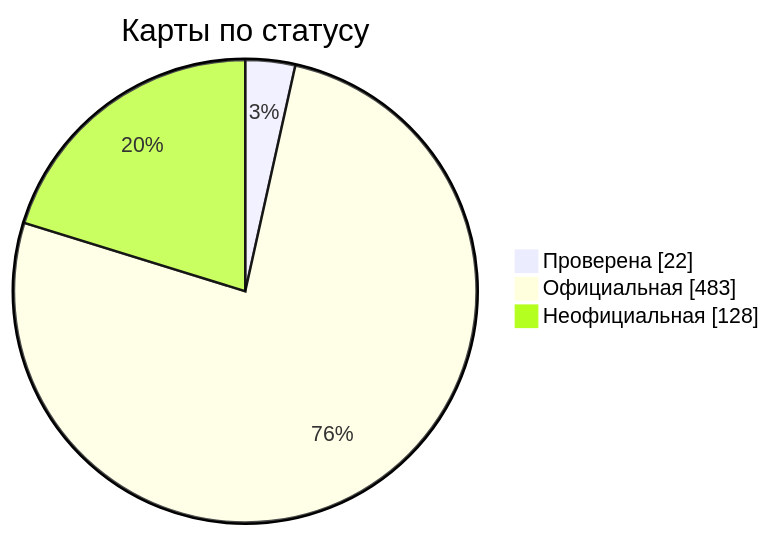
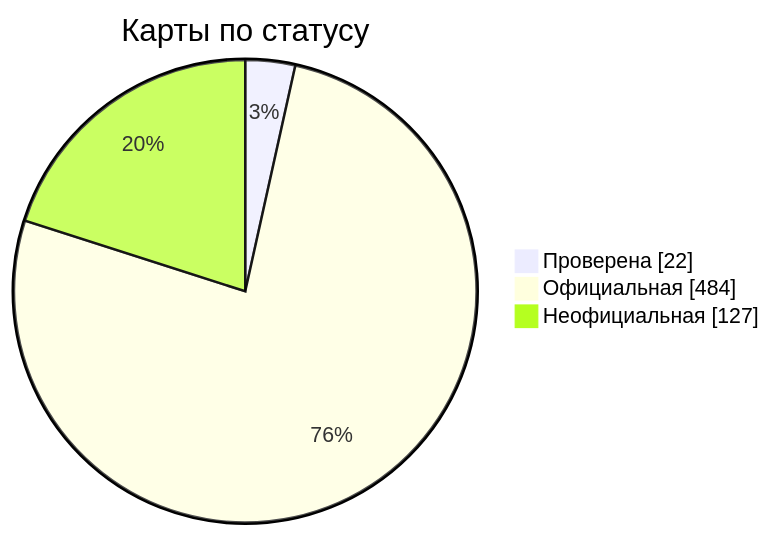
The diagram in docs/readme/README_RU.md (nobrega8/mbmap-library), drawn with Mermaid before and after one commit. The commit also changed 6 other files, not shown here.

````diff
--- a/docs/readme/README_RU.md
+++ b/docs/readme/README_RU.md
@@ -54,7 +54,7 @@
 ```mermaid
 pie showData
     title Карты по статусу
     "Проверена" : 22
-    "Официальная" : 483
-    "Неофициальная" : 128
+    "Официальная" : 484
+    "Неофициальная" : 127
 ```
````
